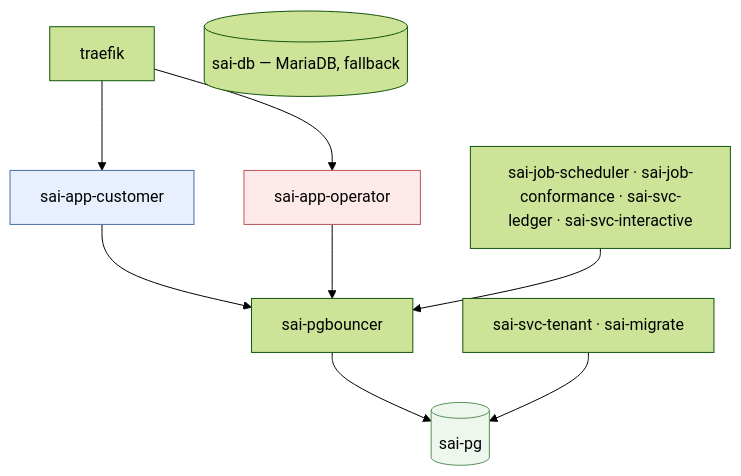
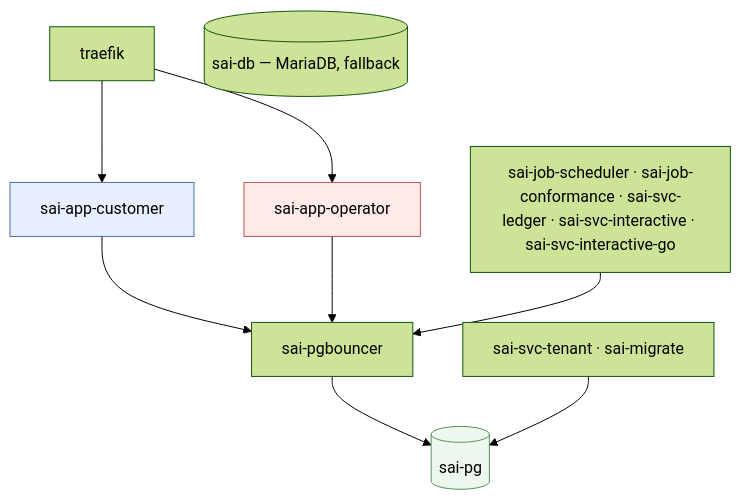
Before and after one commit to tri-evendi/sai-accounting: the first of 5 diagrams in docs/arsitektur/02-LAYANAN-INFRA.md, drawn with Mermaid (forest theme). The commit also changed other lines of this file and 49 other files, not shown here.

````diff
--- a/docs/arsitektur/02-LAYANAN-INFRA.md
+++ b/docs/arsitektur/02-LAYANAN-INFRA.md
@@ -57,15 +58,15 @@
 ```mermaid
 graph TB
     TR[traefik] --> WEBC[sai-app-customer]
     TR --> WEBO[sai-app-operator]
     WEBC --> PGB[sai-pgbouncer]
     WEBO --> PGB
-    JOB[sai-job-scheduler · sai-job-conformance · sai-svc-ledger · sai-svc-interactive] --> PGB
+    JOB[sai-job-scheduler · sai-job-conformance · sai-svc-ledger · sai-svc-interactive · sai-svc-interactive-go] --> PGB
     PGB --> PG[(sai-pg)]
     LANGSUNG[sai-svc-tenant · sai-migrate] --> PG
     OLD[(sai-db — MariaDB, fallback)]
 
     style WEBC fill:#e8f0ff,stroke:#4a6fa5
     style WEBO fill:#ffeaea,stroke:#b55
     style PG fill:#eef7ee,stroke:#5a8f5a
 ```
````
